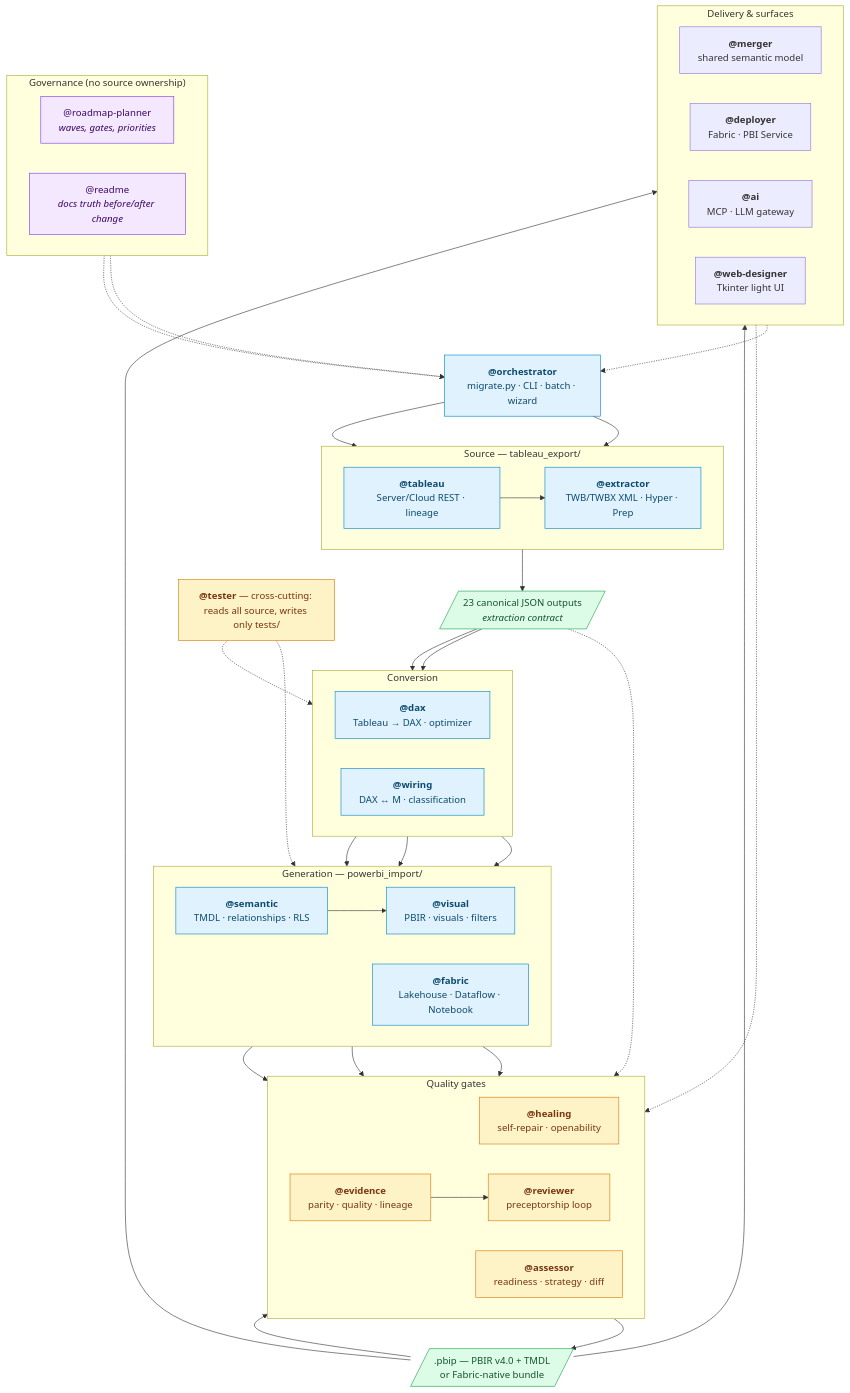
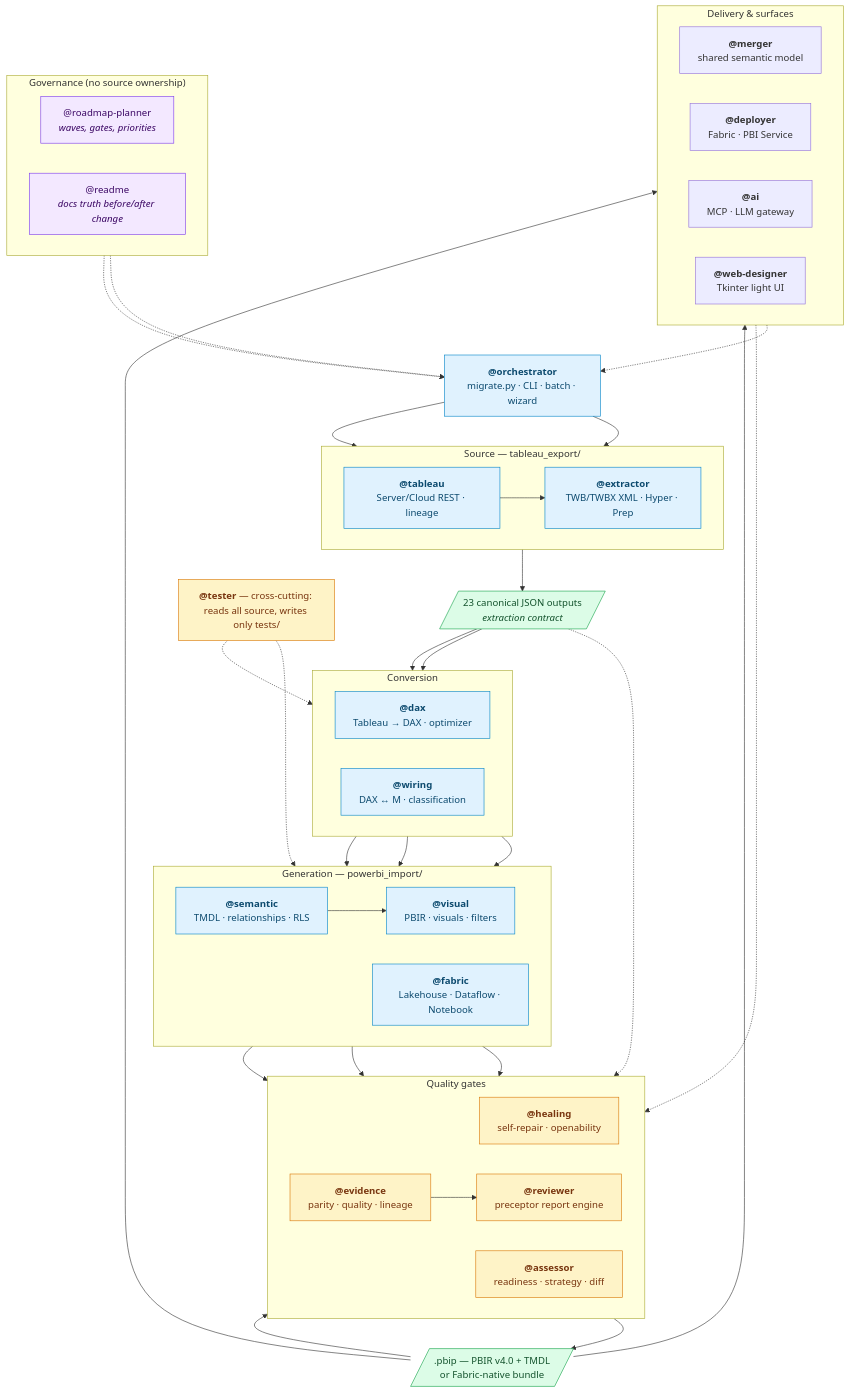
The first of 2 diagrams in docs/AGENTS.md (cyphou/TableauToPowerBI), drawn with Mermaid before and after one commit. The commit also changed other lines of this file and 38 other files, not shown here.

````diff
--- a/docs/AGENTS.md
+++ b/docs/AGENTS.md
@@ -46,78 +46,78 @@
 ```mermaid
 flowchart TB
     subgraph GOV["Governance (no source ownership)"]
         direction LR
         PLAN["@roadmap-planner<br/><i>waves, gates, priorities</i>"]
         DOCS["@readme<br/><i>docs truth before/after change</i>"]
     end
 
     ORCH["<b>@orchestrator</b><br/>migrate.py · CLI · batch · wizard"]
 
     subgraph SRC["Source — tableau_export/"]
         direction LR
         EXT["<b>@extractor</b><br/>TWB/TWBX XML · Hyper · Prep"]
         TAB["<b>@tableau</b><br/>Server/Cloud REST · lineage"]
     end
 
     JSON[/"23 canonical JSON outputs<br/><i>extraction contract</i>"/]
 
     subgraph CONV["Conversion"]
         direction LR
         DAX["<b>@dax</b><br/>Tableau → DAX · optimizer"]
         WIR["<b>@wiring</b><br/>DAX ↔ M · classification"]
     end
 
     subgraph GEN["Generation — powerbi_import/"]
         direction LR
         SEM["<b>@semantic</b><br/>TMDL · relationships · RLS"]
         VIS["<b>@visual</b><br/>PBIR · visuals · filters"]
         FAB["<b>@fabric</b><br/>Lakehouse · Dataflow · Notebook"]
     end
 
     subgraph QUAL["Quality gates"]
         direction LR
         HEAL["<b>@healing</b><br/>self-repair · openability"]
         EVI["<b>@evidence</b><br/>parity · quality · lineage"]
         ASS["<b>@assessor</b><br/>readiness · strategy · diff"]
-        REV["<b>@reviewer</b><br/>preceptorship loop"]
+        REV["<b>@reviewer</b><br/>preceptor report engine"]
     end
 
     subgraph DELIV["Delivery & surfaces"]
         direction LR
         MRG["<b>@merger</b><br/>shared semantic model"]
         DEP["<b>@deployer</b><br/>Fabric · PBI Service"]
         AI["<b>@ai</b><br/>MCP · LLM gateway"]
         WEBD["<b>@web-designer</b><br/>Tkinter light UI"]
     end
 
     OUT[/".pbip — PBIR v4.0 + TMDL<br/>or Fabric-native bundle"/]
     TEST["<b>@tester</b> — cross-cutting: reads all source, writes only tests/"]
 
     PLAN -.-> ORCH
     DOCS -.-> ORCH
     ORCH --> EXT & TAB
     TAB --> EXT
     EXT --> JSON
     JSON --> DAX & WIR
     DAX --> SEM
     WIR --> SEM & FAB
     SEM --> VIS
     SEM & VIS & FAB --> HEAL
     HEAL --> OUT
     OUT --> EVI --> REV
     JSON -.-> ASS
     OUT --> MRG & DEP
     AI -.-> EVI
     WEBD -.-> ORCH
     TEST -.-> GEN
     TEST -.-> CONV
 
     classDef gov fill:#f3e8ff,stroke:#7c3aed,color:#3b0764
     classDef core fill:#e0f2fe,stroke:#0284c7,color:#0c4a6e
     classDef gate fill:#fef3c7,stroke:#d97706,color:#78350f
     classDef art fill:#dcfce7,stroke:#16a34a,color:#14532d
     class PLAN,DOCS gov
     class ORCH,EXT,TAB,DAX,WIR,SEM,VIS,FAB core
     class HEAL,EVI,ASS,REV,TEST gate
     class JSON,OUT art
 ```
````
